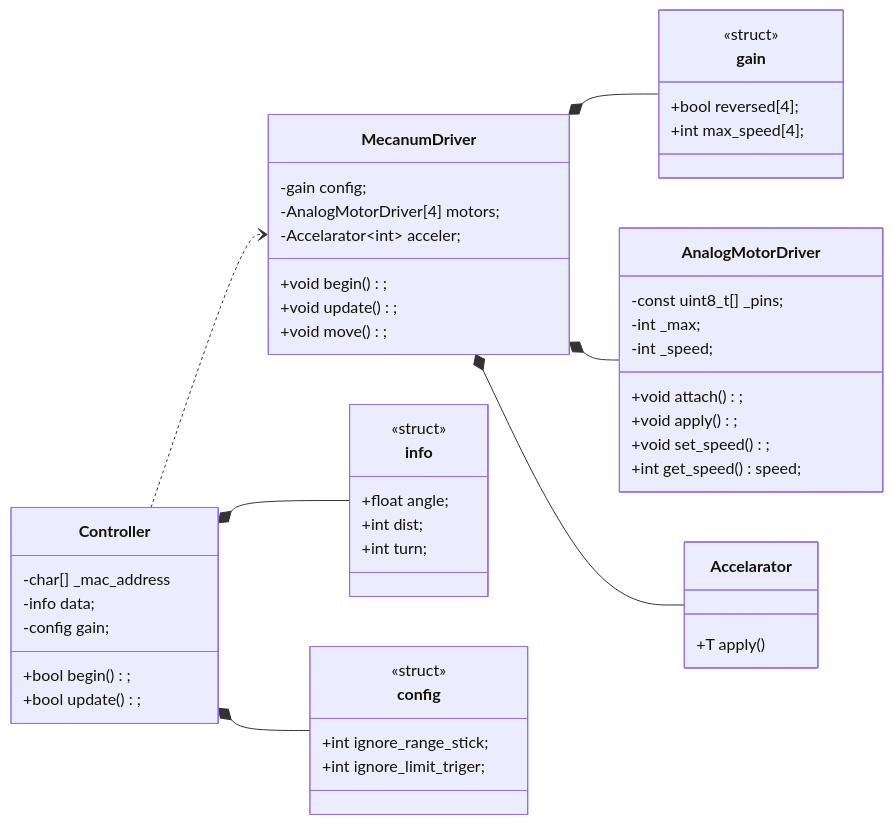
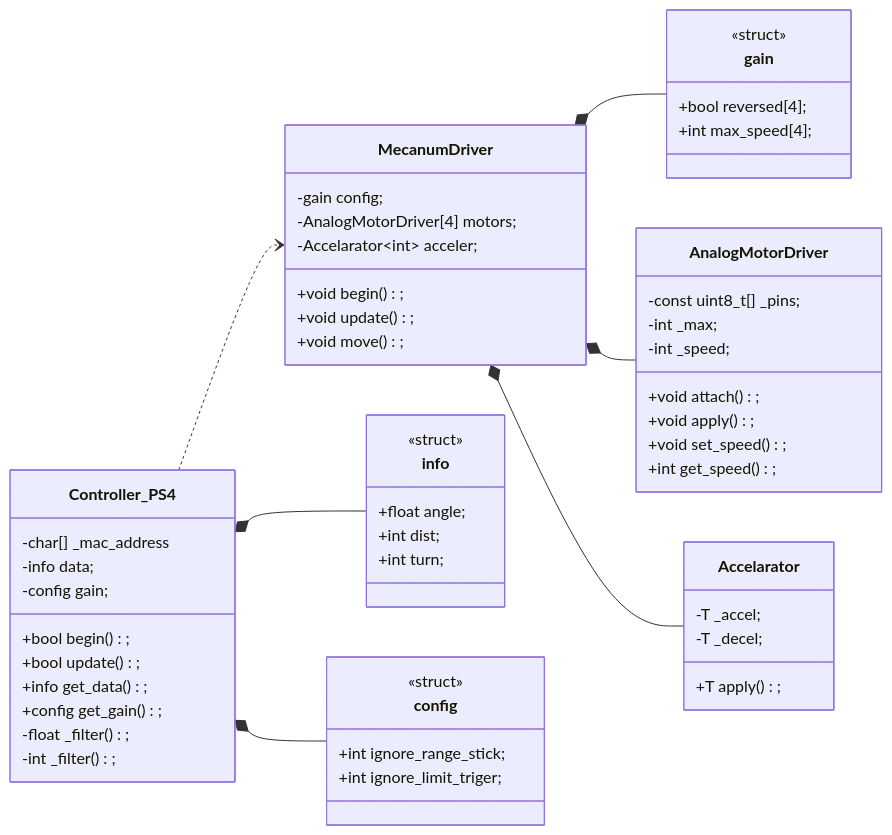
Before and after one commit to Tomoooji/Planaria_renewal: the second of 2 diagrams in README.md, drawn with Mermaid.

Commit message:
alomost done ..?

````diff
--- a/README.md
+++ b/README.md
@@ -29,55 +29,61 @@
 ```mermaid
 classDiagram
     direction LR
-    Controller ..> MecanumDriver
-    Controller *-- info
-    Controller *-- config
+    Controller_PS4 ..> MecanumDriver
+    Controller_PS4 *-- info
+    Controller_PS4 *-- config
     MecanumDriver *-- gain
     MecanumDriver *-- AnalogMotorDriver
     MecanumDriver *-- Accelarator
 
-    class Controller{
+    class Controller_PS4{
         -char[] _mac_address
         -info data;
         -config gain;
         +bool begin();
         +bool update();
+        +info get_data();
+        +config get_gain();
+        -float _filter();
+        -int _filter();
     }
     class info{
         <<struct>>
         +float angle;
         +int dist;
         +int turn;
     }
     class config{
         <<struct>>
         +int ignore_range_stick;
         +int ignore_limit_triger;
     }
     class MecanumDriver{
         -gain config;
         -AnalogMotorDriver[4] motors;
         -Accelarator~int~ acceler;
         +void begin();
         +void update();
         +void move();
     }
     class gain{
         <<struct>>
         +bool reversed[4];
         +int max_speed[4];
     }
     class AnalogMotorDriver{
         -const uint8_t[] _pins;
         -int _max;
         -int _speed;
         +void attach();
         +void apply();
         +void set_speed();
-        +int get_speed() speed;
+        +int get_speed();
     }
     class Accelarator~T~{
-        +T apply()
+        -T _accel;
+        -T _decel;
+        +T apply();
     }
 
 ```
````
